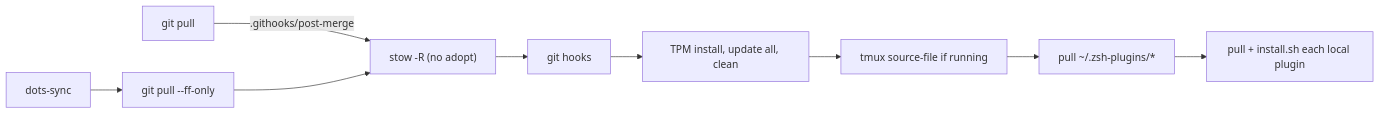
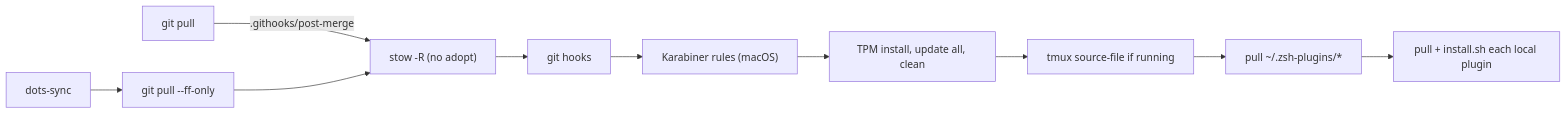
One commit to arisros/dotfiles changed the third of 3 diagrams in docs/architecture.md. Above: the diagram before and after it, drawn with Mermaid. The commit also changed 2 other files, not shown here.

Commit message:
feat(sync): merge karabiner rules on every pull

````diff
--- a/docs/architecture.md
+++ b/docs/architecture.md
@@ -59,11 +59,12 @@
 ```mermaid
 flowchart LR
   A["dots-sync"] --> B["git pull --ff-only"]
   P["git pull"] -->|".githooks/post-merge"| C
   B --> C["stow -R (no adopt)"]
   C --> D["git hooks"]
-  D --> E["TPM install, update all, clean"]
+  D --> K["Karabiner rules (macOS)"]
+  K --> E["TPM install, update all, clean"]
   E --> F["tmux source-file if running"]
   F --> G["pull ~/.zsh-plugins/*"]
   G --> H["pull + install.sh each local plugin"]
 ```
````
